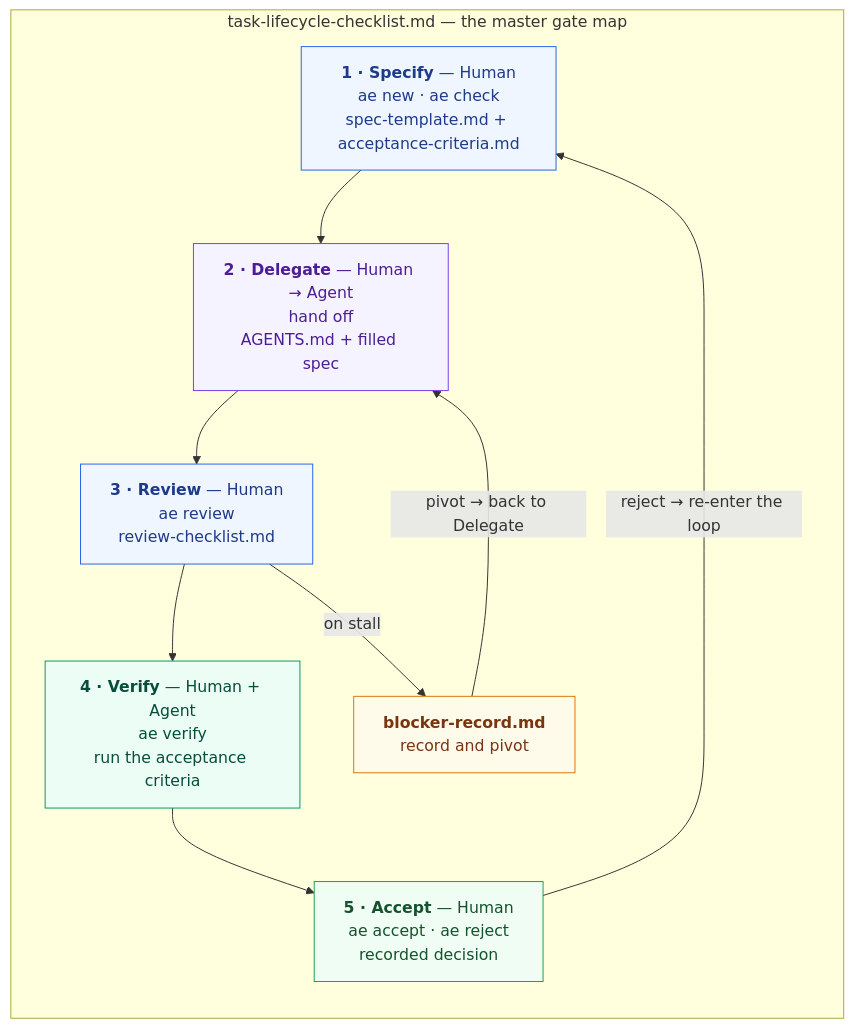
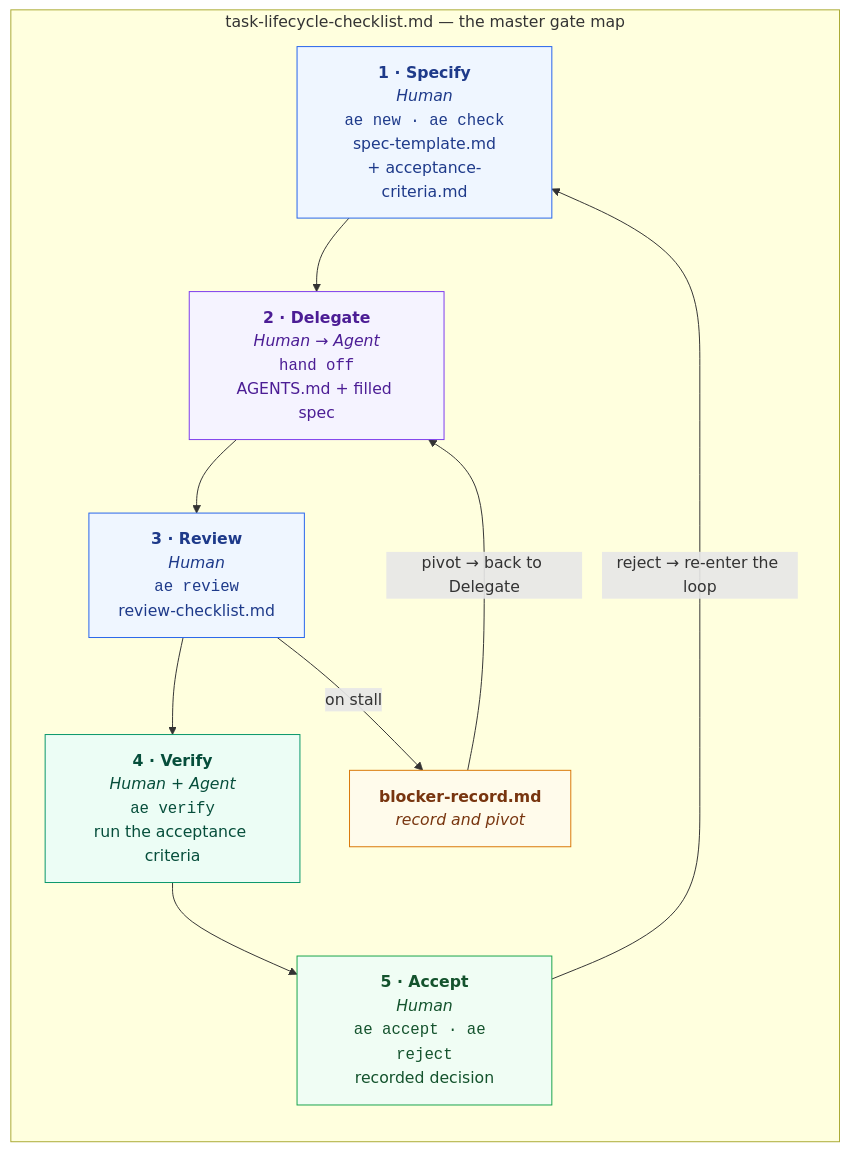
Before and after one commit to machinelearning2014/agentic_engineering: the diagram in README.md, drawn with Mermaid.

Commit message:
Format flowchart bubble text (bold title, italic role, code command)

````diff
--- a/README.md
+++ b/README.md
@@ -48,28 +48,28 @@
 ```mermaid
 flowchart LR
     subgraph master["task-lifecycle-checklist.md — the master gate map"]
-        S1["<b>1 · Specify</b> — Human<br/>ae new · ae check<br/>spec-template.md + acceptance-criteria.md"]
-        S2["<b>2 · Delegate</b> — Human → Agent<br/>hand off<br/>AGENTS.md + filled spec"]
-        S3["<b>3 · Review</b> — Human<br/>ae review<br/>review-checklist.md"]
-        S4["<b>4 · Verify</b> — Human + Agent<br/>ae verify<br/>run the acceptance criteria"]
-        S5["<b>5 · Accept</b> — Human<br/>ae accept · ae reject<br/>recorded decision"]
-        B["<b>blocker-record.md</b><br/>record and pivot"]
+        S1["<b>1 · Specify</b><br/><i>Human</i><br/><code>ae new · ae check</code><br/>spec-template.md<br/>+ acceptance-criteria.md"]
+        S2["<b>2 · Delegate</b><br/><i>Human → Agent</i><br/><code>hand off</code><br/>AGENTS.md + filled spec"]
+        S3["<b>3 · Review</b><br/><i>Human</i><br/><code>ae review</code><br/>review-checklist.md"]
+        S4["<b>4 · Verify</b><br/><i>Human + Agent</i><br/><code>ae verify</code><br/>run the acceptance criteria"]
+        S5["<b>5 · Accept</b><br/><i>Human</i><br/><code>ae accept · ae reject</code><br/>recorded decision"]
+        B["<b>blocker-record.md</b><br/><i>record and pivot</i>"]
 
         S1 --> S2 --> S3 --> S4 --> S5
         S3 -- "on stall" --> B
         B -- "pivot → back to Delegate" --> S2
         S5 -- "reject → re-enter the loop" --> S1
     end
 
     classDef human fill:#eff6ff,stroke:#2563eb,color:#1e3a8a
     classDef agent fill:#f5f3ff,stroke:#7c3aed,color:#4c1d95
     classDef both fill:#ecfdf5,stroke:#059669,color:#064e3b
     classDef accept fill:#f0fdf4,stroke:#16a34a,color:#14532d
     classDef blocker fill:#fffbeb,stroke:#d97706,color:#78350f
 
     class S1,S3 human
     class S2 agent
     class S4 both
     class S5 accept
     class B blocker
 ```
````
